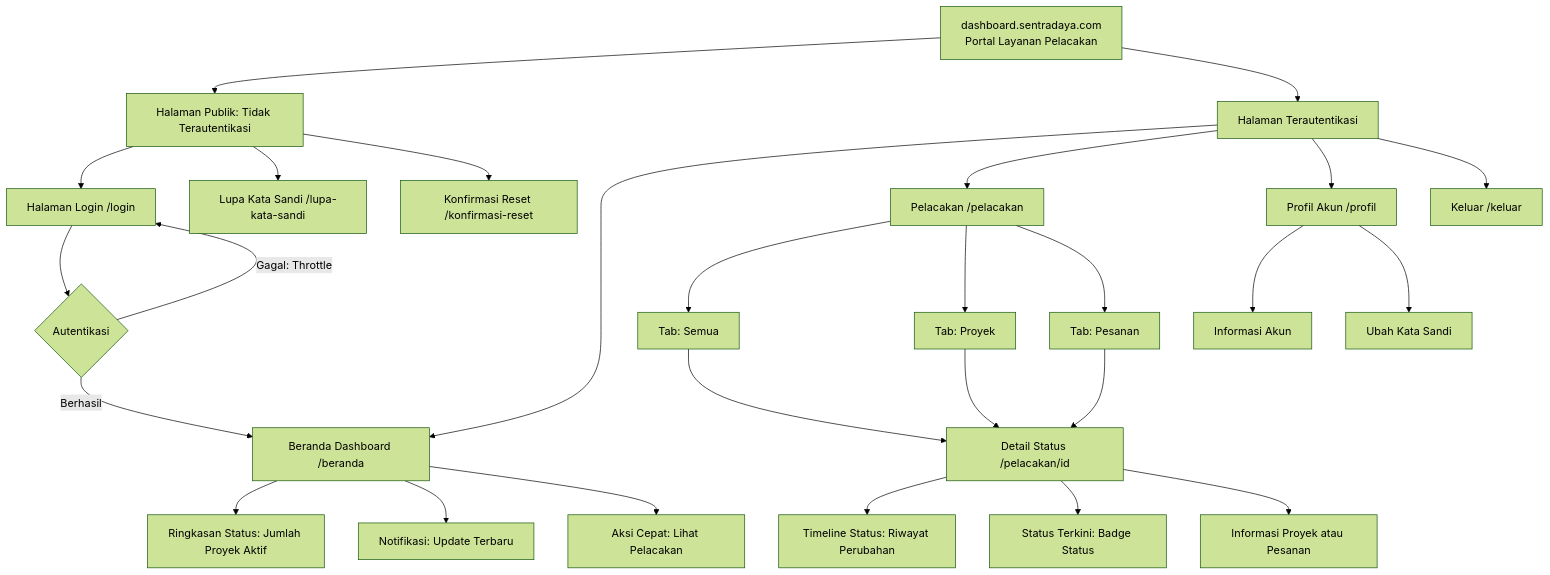
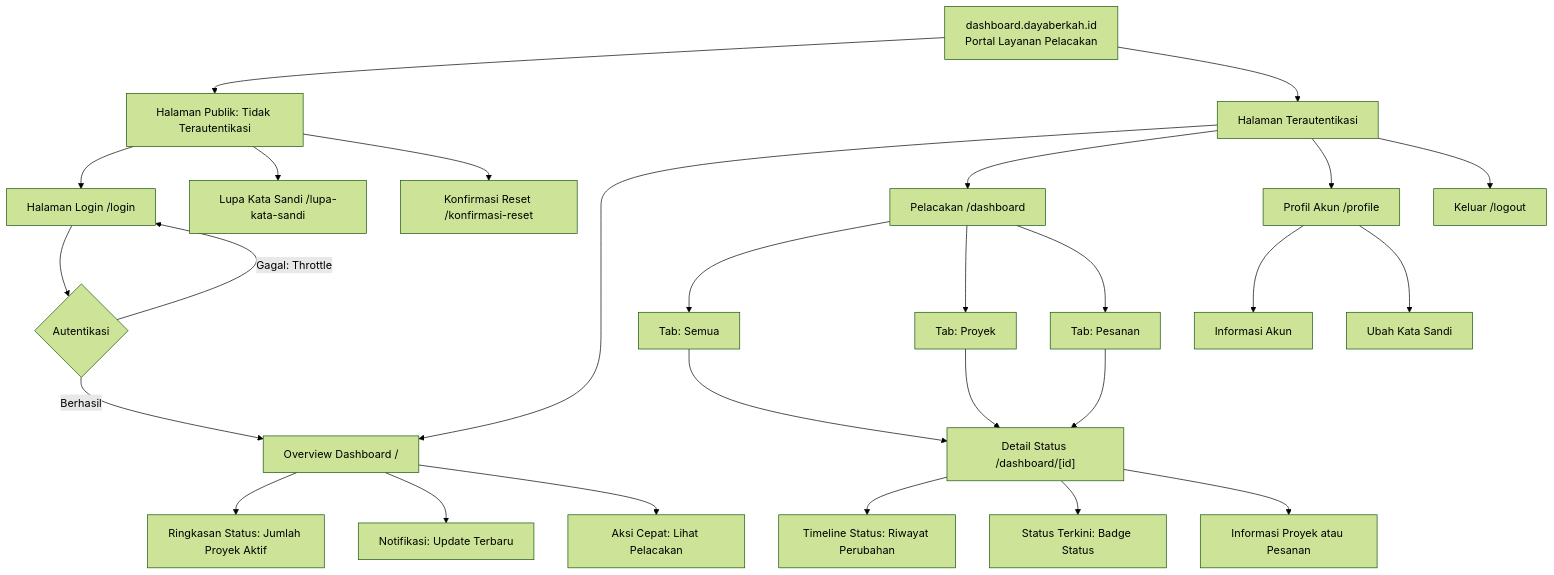
One commit to pxrzival404/arostech-hub changed the third of 3 diagrams in docs/core/information-architecture/ia-sitemaps.md. Above: the diagram before and after it, drawn with Mermaid (forest theme). The commit also changed other lines of this file and 27 other files, not shown here.

````diff
--- a/docs/core/information-architecture/ia-sitemaps.md
+++ b/docs/core/information-architecture/ia-sitemaps.md
@@ -232,37 +220,37 @@
 ```mermaid
 ---
 config:
   layout: dagre
 ---
 flowchart TD
     classDef entry fill:#fef3c7,stroke:#d97706,stroke-width:2px,color:#92400e
     classDef conversion fill:#fff7ed,stroke:#ea580c,stroke-width:2px,color:#9a3412
 
-    DASH["dashboard.sentradaya.com\nPortal Layanan Pelacakan"]
+    DASH["dashboard.dayaberkah.id\nPortal Layanan Pelacakan"]
     DASH --> PUB["Halaman Publik: Tidak Terautentikasi"]
     DASH --> AUTH["Halaman Terautentikasi"]
     PUB --> LOGIN["Halaman Login /login"]
     PUB --> RESET["Lupa Kata Sandi /lupa-kata-sandi"]
     PUB --> CONFIRM["Konfirmasi Reset /konfirmasi-reset"]
     LOGIN --> AUTHCHECK{"Autentikasi"}
-    AUTHCHECK -->|"Berhasil"| OVER["Beranda Dashboard /beranda"]
+    AUTHCHECK -->|"Berhasil"| OVER["Overview Dashboard /"]
     AUTHCHECK -->|"Gagal: Throttle"| LOGIN
     AUTH --> OVER
-    AUTH --> TRACK["Pelacakan /pelacakan"]
-    AUTH --> PROF["Profil Akun /profil"]
-    AUTH --> LOGOUT["Keluar /keluar"]
+    AUTH --> TRACK["Pelacakan /dashboard"]
+    AUTH --> PROF["Profil Akun /profile"]
+    AUTH --> LOGOUT["Keluar /logout"]
     OVER --> OV1["Ringkasan Status: Jumlah Proyek Aktif"]
     OVER --> OV2["Notifikasi: Update Terbaru"]
     OVER --> OV3["Aksi Cepat: Lihat Pelacakan"]
     TRACK --> TAB1["Tab: Semua"]
     TRACK --> TAB2["Tab: Proyek"]
     TRACK --> TAB3["Tab: Pesanan"]
-    TAB1 --> DET["Detail Status /pelacakan/id"]
+    TAB1 --> DET["Detail Status /dashboard/[id]"]
     TAB2 --> DET
     TAB3 --> DET
     DET --> DET1["Timeline Status: Riwayat Perubahan"]
     DET --> DET2["Status Terkini: Badge Status"]
     DET --> DET3["Informasi Proyek atau Pesanan"]
     PROF --> PRF1["Informasi Akun"]
     PROF --> PRF2["Ubah Kata Sandi"]
 ```
````
